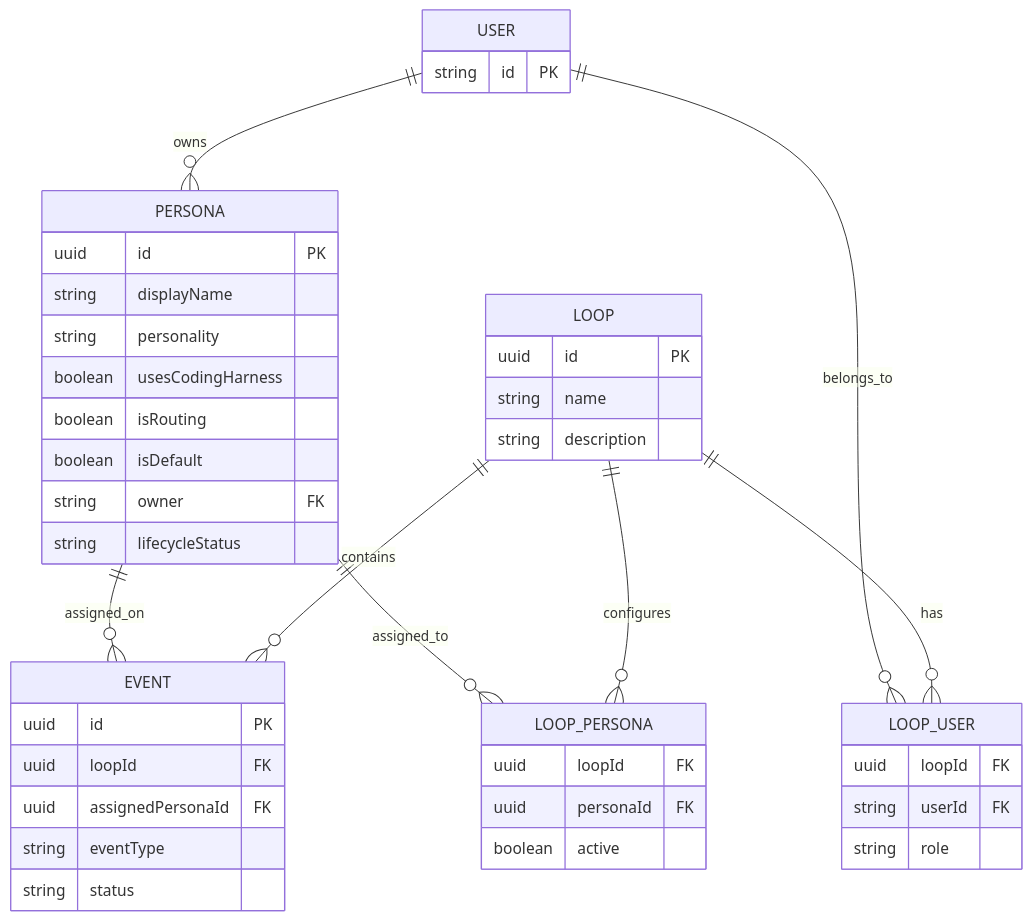
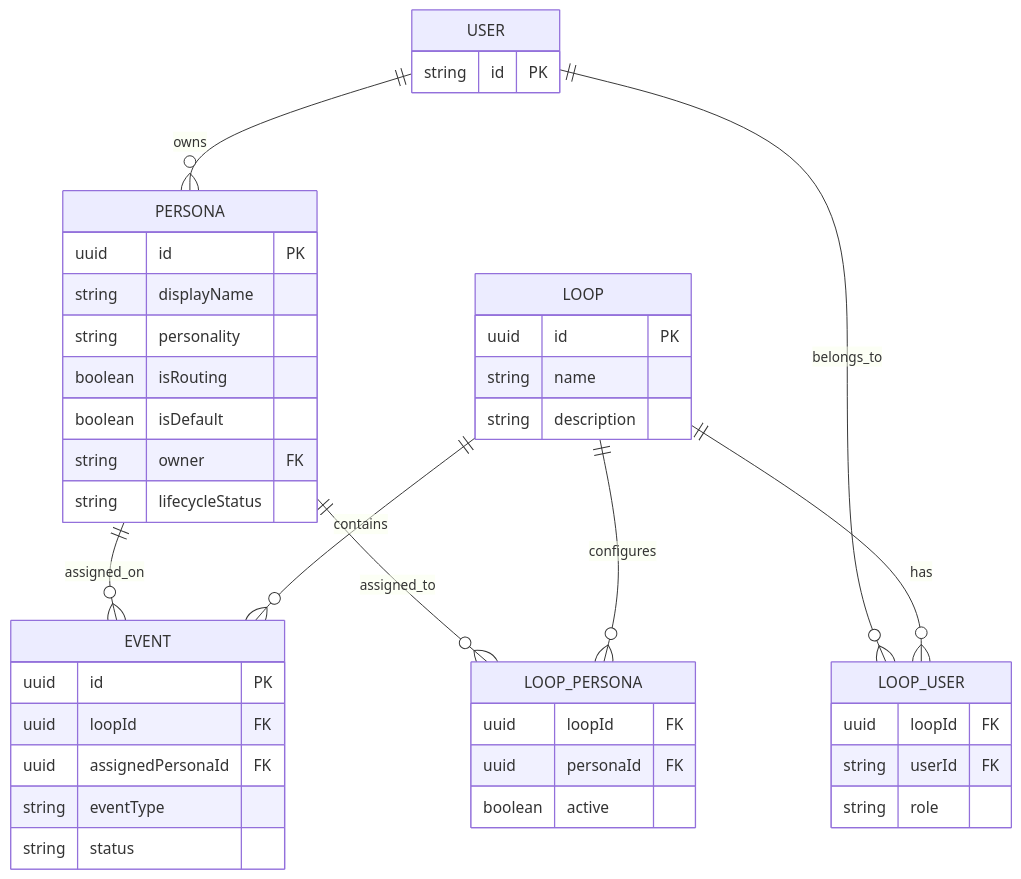
Before and after one commit to canonical/athena: the diagram in docs/specs/definitions/persona.md, drawn with Mermaid. The commit also changed other lines of this file and 62 other files, not shown here.

````diff
--- a/docs/specs/definitions/persona.md
+++ b/docs/specs/definitions/persona.md
@@ -52,51 +54,50 @@
 ```mermaid
 erDiagram
 	USER ||--o{ PERSONA : owns
 	LOOP ||--o{ EVENT : contains
 	LOOP ||--o{ LOOP_USER : has
 	USER ||--o{ LOOP_USER : belongs_to
 	LOOP ||--o{ LOOP_PERSONA : configures
 	PERSONA ||--o{ LOOP_PERSONA : assigned_to
 	PERSONA ||--o{ EVENT : assigned_on
 
 	USER {
 		string id PK
 	}
 
 	LOOP {
 		uuid id PK
 		string name
 		string description
 	}
 
 	PERSONA {
 		uuid id PK
 		string displayName
 		string personality
-		boolean usesCodingHarness
 		boolean isRouting
 		boolean isDefault
 		string owner FK
 		string lifecycleStatus
 	}
 
 	EVENT {
 		uuid id PK
 		uuid loopId FK
 		uuid assignedPersonaId FK
 		string eventType
 		string status
 	}
 
 	LOOP_USER {
 		uuid loopId FK
 		string userId FK
 		string role
 	}
 
 	LOOP_PERSONA {
 		uuid loopId FK
 		uuid personaId FK
 		boolean active
 	}
 ```
````
